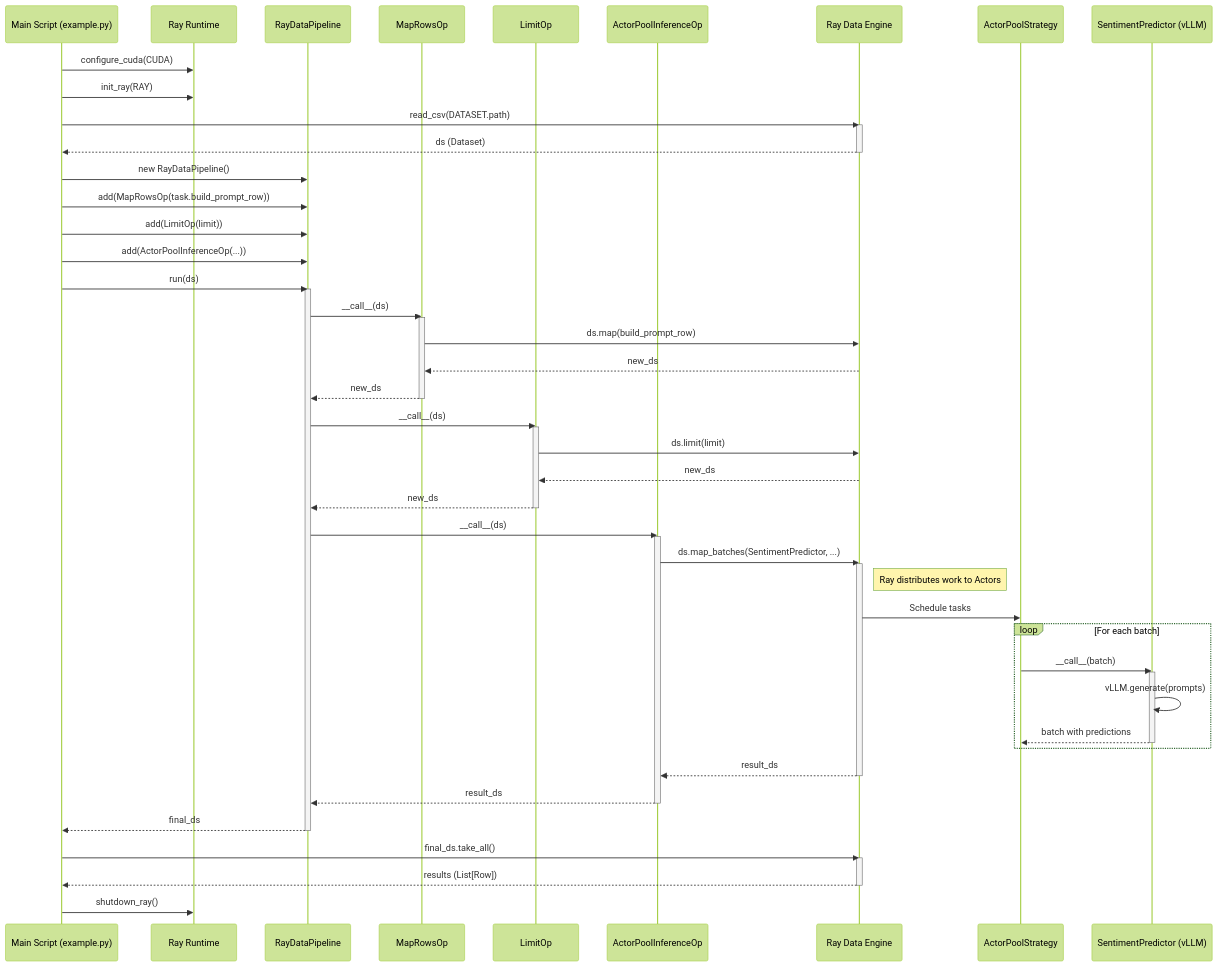
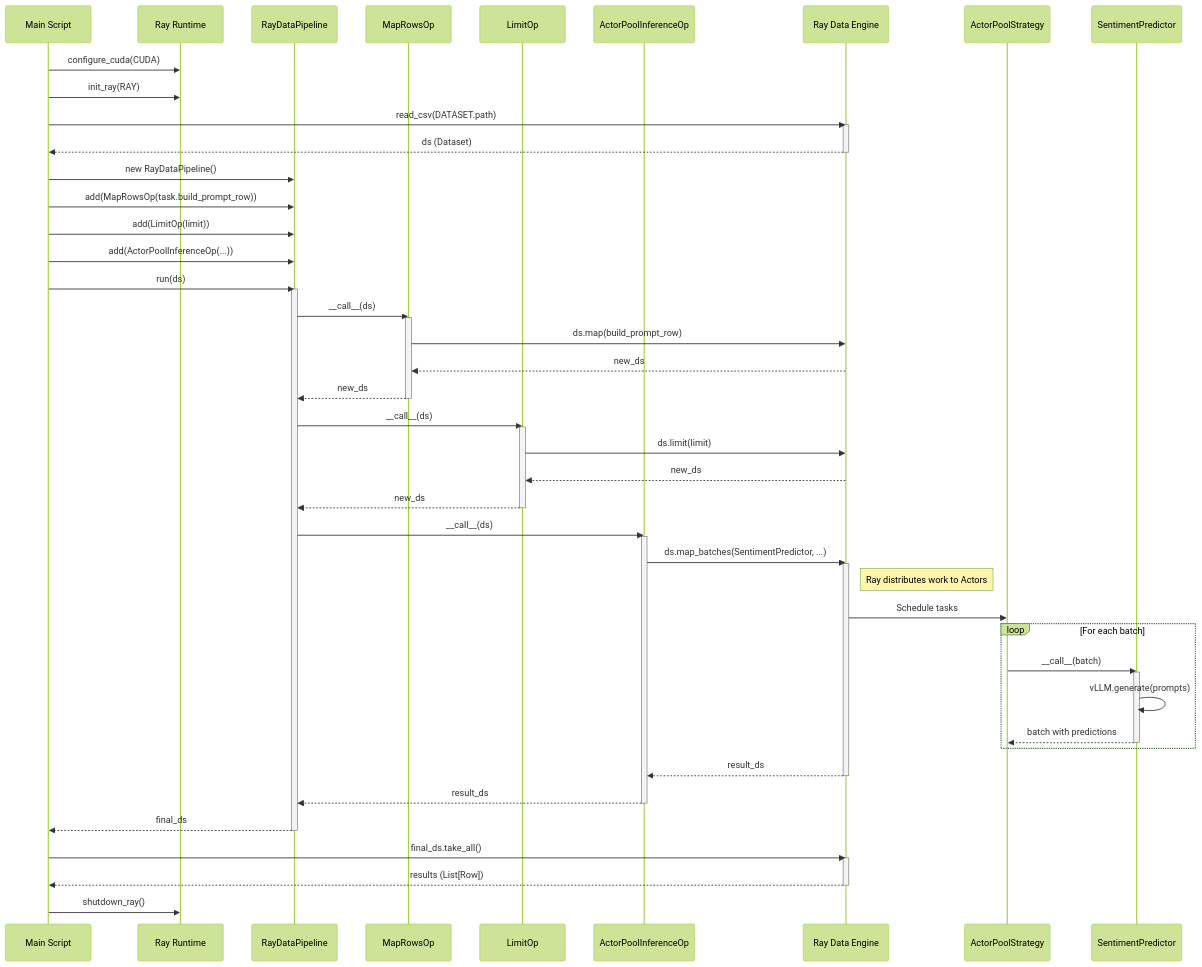
The diagram in mermaid/sequence_diagram.mmd (GentleCold/DaseR), drawn with Mermaid (forest theme) before and after one commit. The commit also changed 2 other files, not shown here.

Commit message:
fix: Correct mermaid syntax errors in diagrams

```diff
--- a/mermaid/sequence_diagram.mmd
+++ b/mermaid/sequence_diagram.mmd
@@ -1,74 +1,74 @@
 sequenceDiagram
-    participant User as Main Script (example.py)
+    participant User as Main Script
     participant RayRuntime as Ray Runtime
     participant Pipe as RayDataPipeline
     participant MapOp as MapRowsOp
     participant LimitOp as LimitOp
     participant InferOp as ActorPoolInferenceOp
     participant RayData as Ray Data Engine
     participant ActorPool as ActorPoolStrategy
-    participant Predictor as SentimentPredictor (vLLM)
+    participant Predictor as SentimentPredictor
 
     %% Initialization
     User->>RayRuntime: configure_cuda(CUDA)
     User->>RayRuntime: init_ray(RAY)
     User->>RayData: read_csv(DATASET.path)
     activate RayData
     RayData-->>User: ds (Dataset)
     deactivate RayData
 
     %% Pipeline Construction
     User->>Pipe: new RayDataPipeline()
     User->>Pipe: add(MapRowsOp(task.build_prompt_row))
     User->>Pipe: add(LimitOp(limit))
     User->>Pipe: add(ActorPoolInferenceOp(...))
 
     %% Execution
     User->>Pipe: run(ds)
     activate Pipe
 
     %% Step 1: Map
     Pipe->>MapOp: __call__(ds)
     activate MapOp
     MapOp->>RayData: ds.map(build_prompt_row)
     RayData-->>MapOp: new_ds
     MapOp-->>Pipe: new_ds
     deactivate MapOp
 
     %% Step 2: Limit
     Pipe->>LimitOp: __call__(ds)
     activate LimitOp
     LimitOp->>RayData: ds.limit(limit)
     RayData-->>LimitOp: new_ds
     LimitOp-->>Pipe: new_ds
     deactivate LimitOp
 
     %% Step 3: Inference
     Pipe->>InferOp: __call__(ds)
     activate InferOp
     InferOp->>RayData: ds.map_batches(SentimentPredictor, ...)
     activate RayData
     note right of RayData: Ray distributes work to Actors
     RayData->>ActorPool: Schedule tasks
     loop For each batch
         ActorPool->>Predictor: __call__(batch)
         activate Predictor
         Predictor->>Predictor: vLLM.generate(prompts)
         Predictor-->>ActorPool: batch with predictions
         deactivate Predictor
     end
     RayData-->>InferOp: result_ds
     deactivate RayData
     InferOp-->>Pipe: result_ds
     deactivate InferOp
 
     Pipe-->>User: final_ds
     deactivate Pipe
 
     %% Result Consumption
     User->>RayData: final_ds.take_all()
     activate RayData
     RayData-->>User: results (List[Row])
     deactivate RayData
 
     User->>RayRuntime: shutdown_ray()
```
